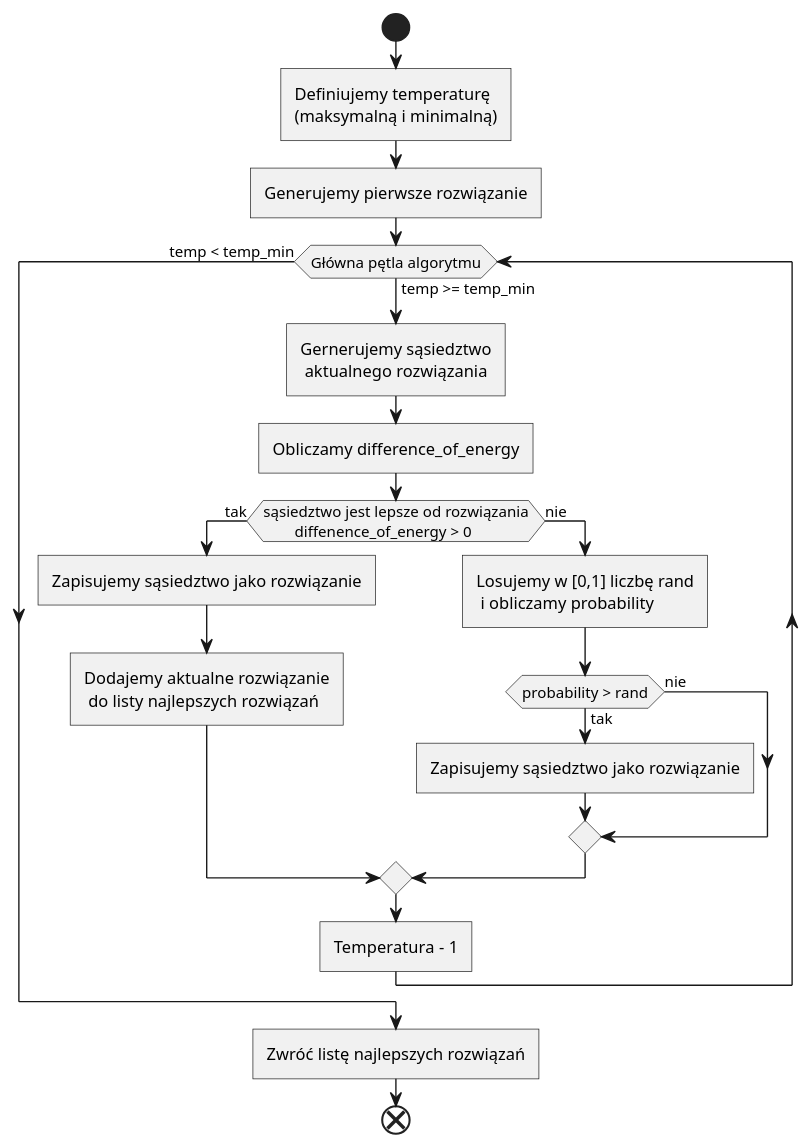
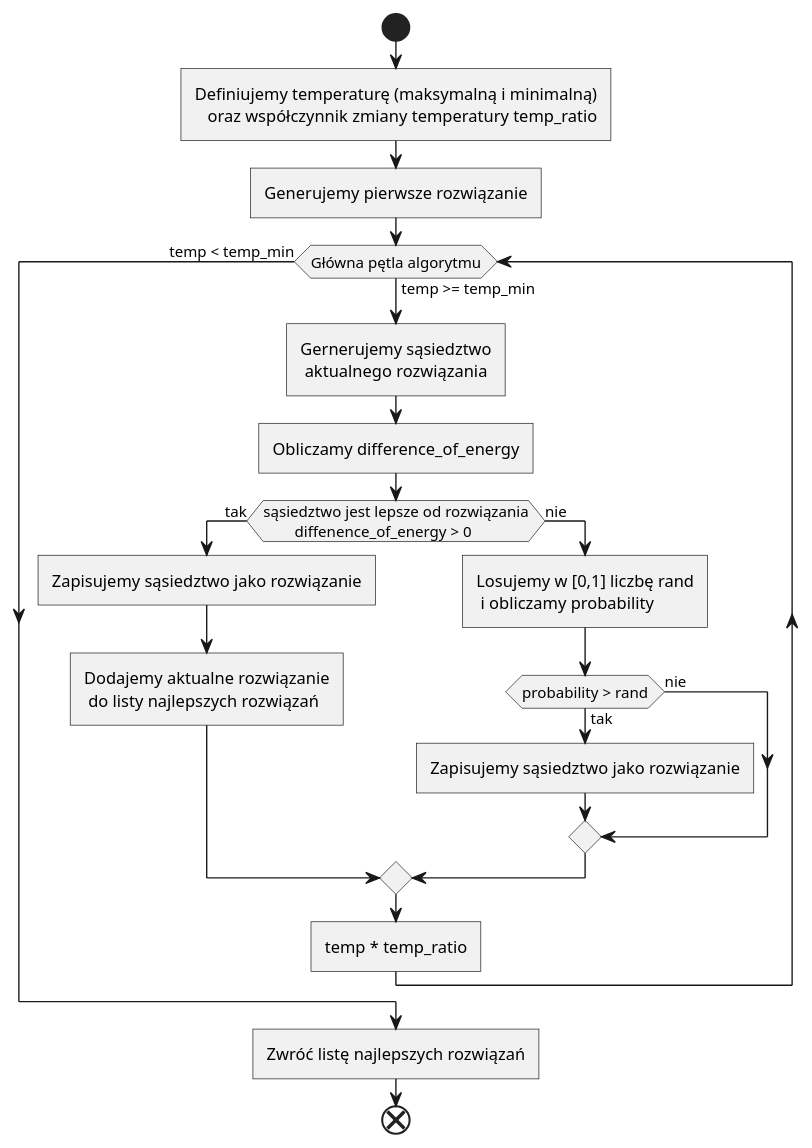
The diagram in algotithm.puml (b-jasko/MMWD-trip-planning), drawn with PlantUML before and after one commit. The commit also changed 3 other files, not shown here.

```diff
--- a/algotithm.puml
+++ b/algotithm.puml
@@ -1,35 +1,33 @@
 @startuml
 start
-:Definiujemy temperaturę
-(maksymalną i minimalną)]
+:Definiujemy temperaturę (maksymalną i minimalną)
+   oraz współczynnik zmiany temperatury temp_ratio]
 :Generujemy pierwsze rozwiązanie]
 
 while(Główna pętla algorytmu) is (temp >= temp_min)
 
     :Gernerujemy sąsiedztwo
      aktualnego rozwiązania]
     :Obliczamy difference_of_energy]
 
     if (sąsiedztwo jest lepsze od rozwiązania
         diffenence_of_energy > 0) then (tak)
         :Zapisujemy sąsiedztwo jako rozwiązanie]
         :Dodajemy aktualne rozwiązanie
          do listy najlepszych rozwiązań]
     else (nie)
         :Losujemy w [0,1] liczbę rand
          i obliczamy probability]
         if(probability > rand) then (tak)
             :Zapisujemy sąsiedztwo jako rozwiązanie]
         else (nie)
         endif
     endif
-    :Temperatura - 1]
+    :temp * temp_ratio]
 endwhile (temp < temp_min)
 
 :Zwróć listę najlepszych rozwiązań]
 
 end
 
-
-
 @enduml
```
